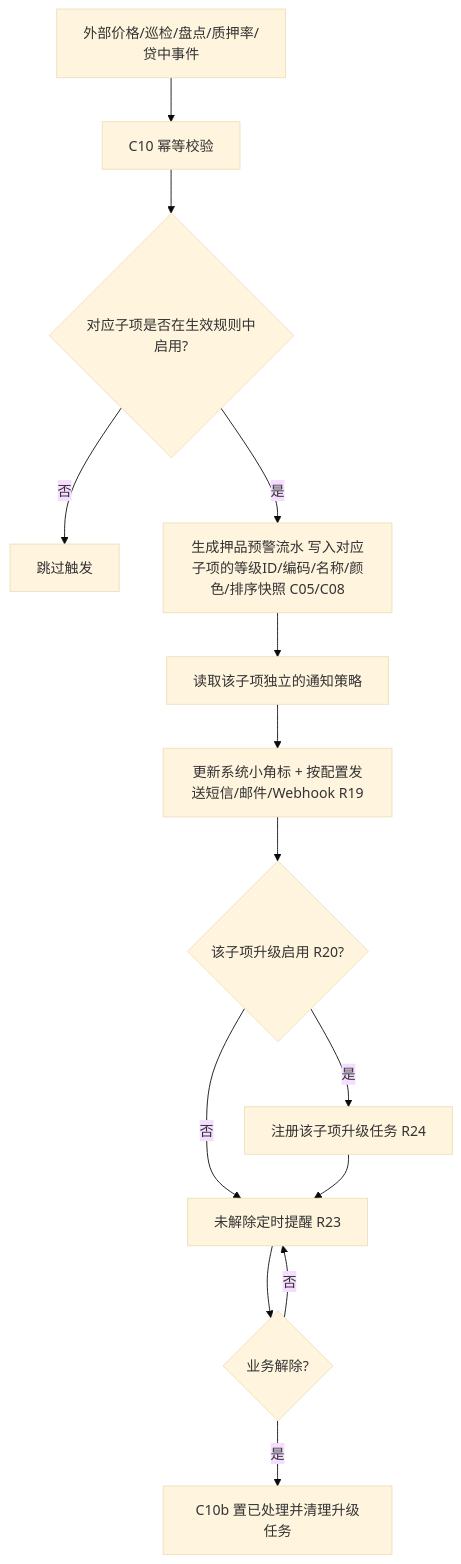
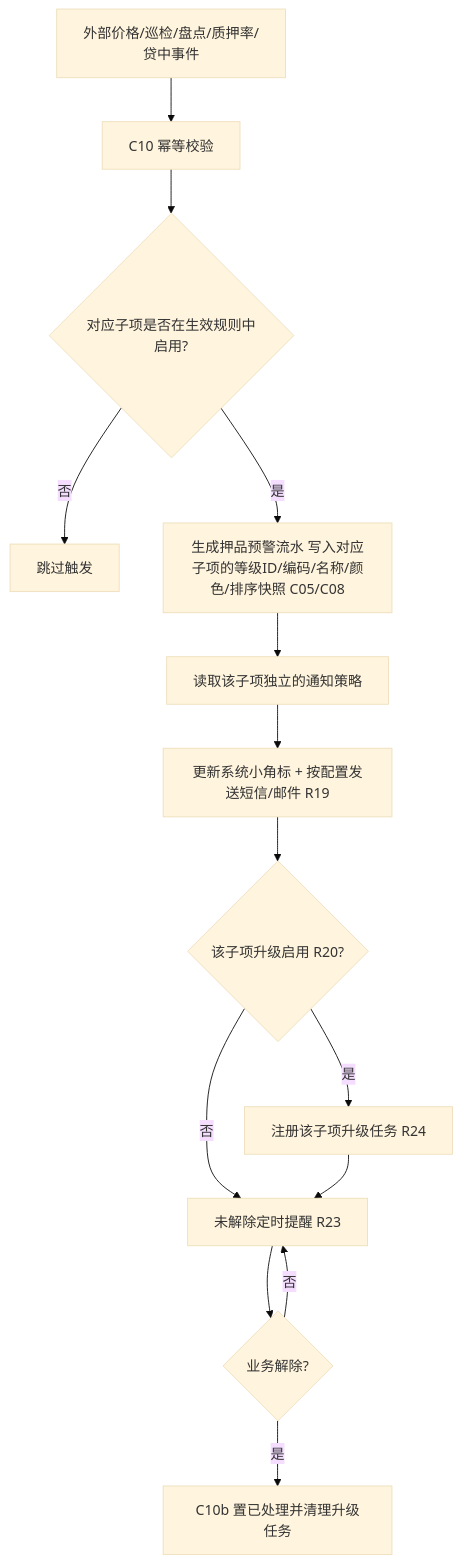
One commit to RobertHuang999/SYZC changed the third of 3 diagrams in 02-PRD文档/B-迭代需求/6.2版本（2026.08）/03-预警配置/03订单预警配置/订单预警配置业务规则规格.md. Above: the diagram before and after it, drawn with Mermaid (base theme). The commit also changed other lines of this file and 126 other files, not shown here.

````diff
--- a/02-PRD文档/B-迭代需求/6.2版本（2026.08）/03-预警配置/03订单预警配置/订单预警配置业务规则规格.md
+++ b/02-PRD文档/B-迭代需求/6.2版本（2026.08）/03-预警配置/03订单预警配置/订单预警配置业务规则规格.md
@@ -350,16 +350,16 @@
 ```mermaid
 flowchart TD
     A[外部价格/巡检/盘点/质押率/贷中事件] --> B[C10 幂等校验]
     B --> C{对应子项是否在生效规则中启用?}
     C -- 否 --> C1[跳过触发]
     C -- 是 --> D[生成押品预警流水 写入对应子项的等级ID/编码/名称/颜色/排序快照 C05/C08]
     D --> E[读取该子项独立的通知策略]
-    E --> F[更新系统小角标 + 按配置发送短信/邮件/Webhook R19]
+    E --> F[更新系统小角标 + 按配置发送短信/邮件 R19]
     F --> G{该子项升级启用 R20?}
     G -- 是 --> H[注册该子项升级任务 R24]
     G -- 否 --> I[未解除定时提醒 R23]
     H --> I
     I --> J{业务解除?}
     J -- 是 --> K[C10b 置已处理并清理升级任务]
     J -- 否 --> I
 ```
````
